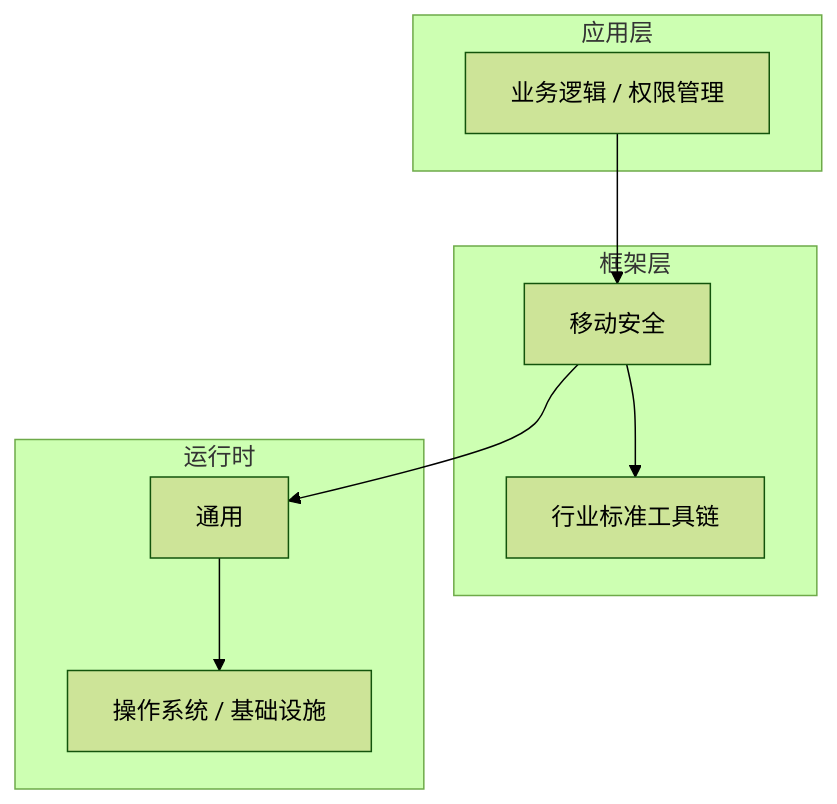
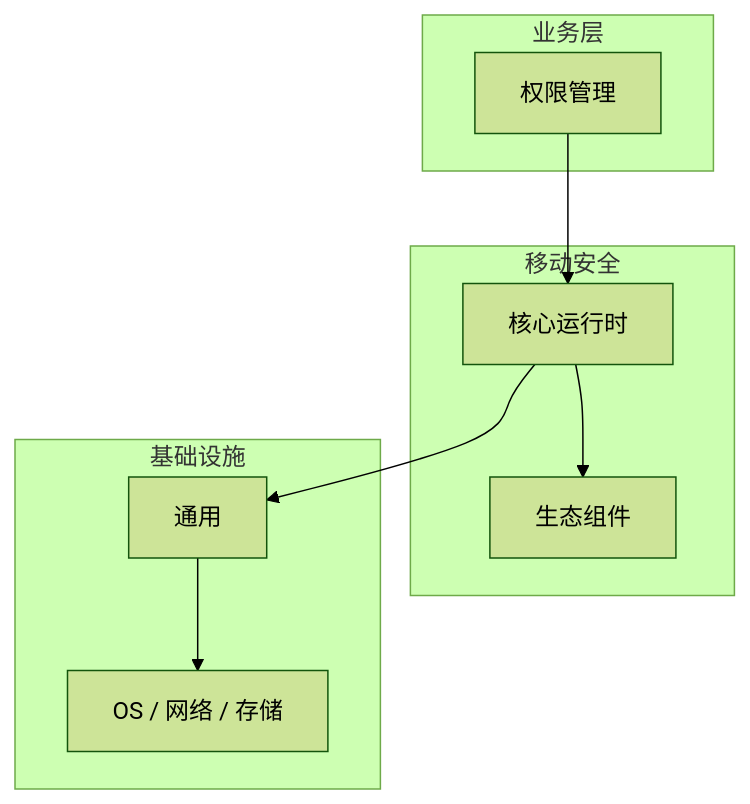
The diagram in articles/移动安全/chapters/043-权限管理核心概念与原理.md (yanggan2015/knowledge-json-v2), drawn with Mermaid (forest theme) before and after one commit. The commit also changed other lines of this file and 10127 other files, not shown here.

````diff
--- a/articles/移动安全/chapters/043-权限管理核心概念与原理.md
+++ b/articles/移动安全/chapters/043-权限管理核心概念与原理.md
@@ -46,18 +31,18 @@
 ```mermaid
 graph TB
-    subgraph 应用层
-        A[业务逻辑 / 权限管理]
+    subgraph 业务层
+        A[权限管理]
     end
-    subgraph 框架层
-        B[移动安全]
-        C[行业标准工具链]
+    subgraph 移动安全
+        B[核心运行时]
+        C[生态组件]
     end
-    subgraph 运行时
+    subgraph 基础设施
         D[通用]
-        E[操作系统 / 基础设施]
+        E[OS / 网络 / 存储]
     end
     A --> B
     B --> C
     B --> D
     D --> E
 ```
````
